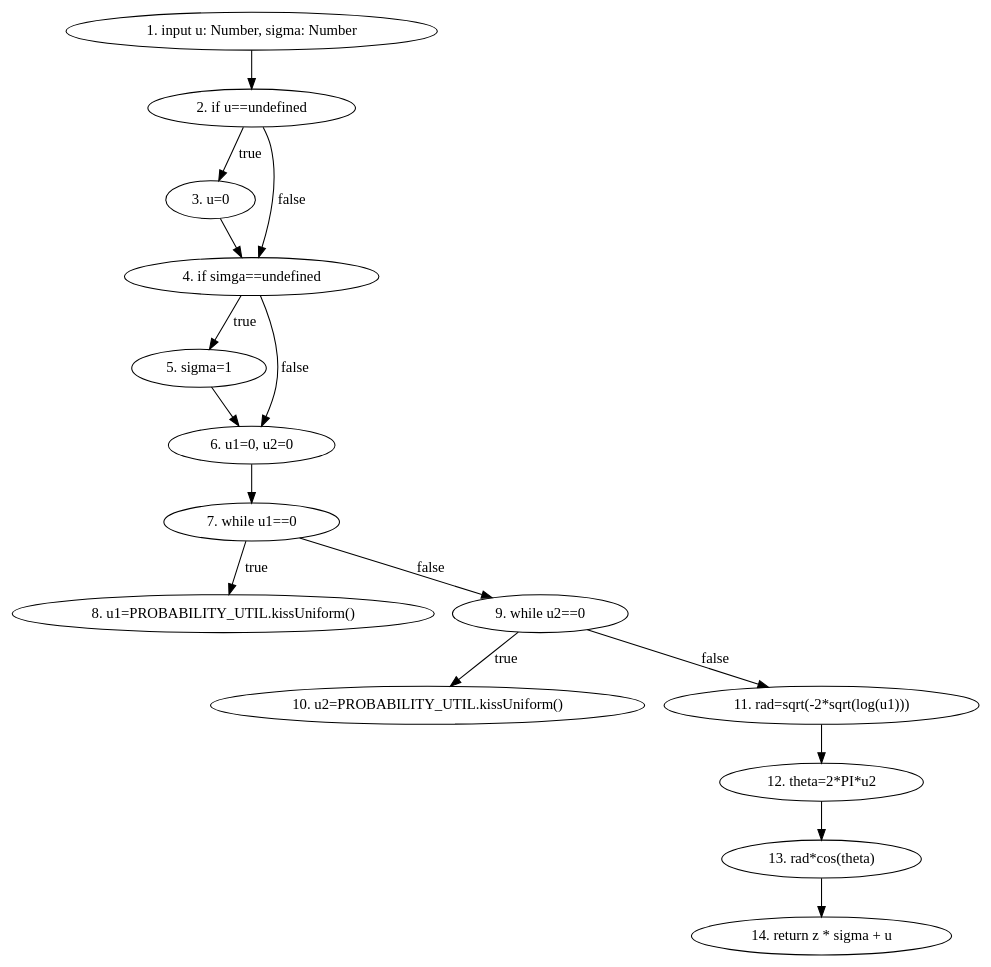
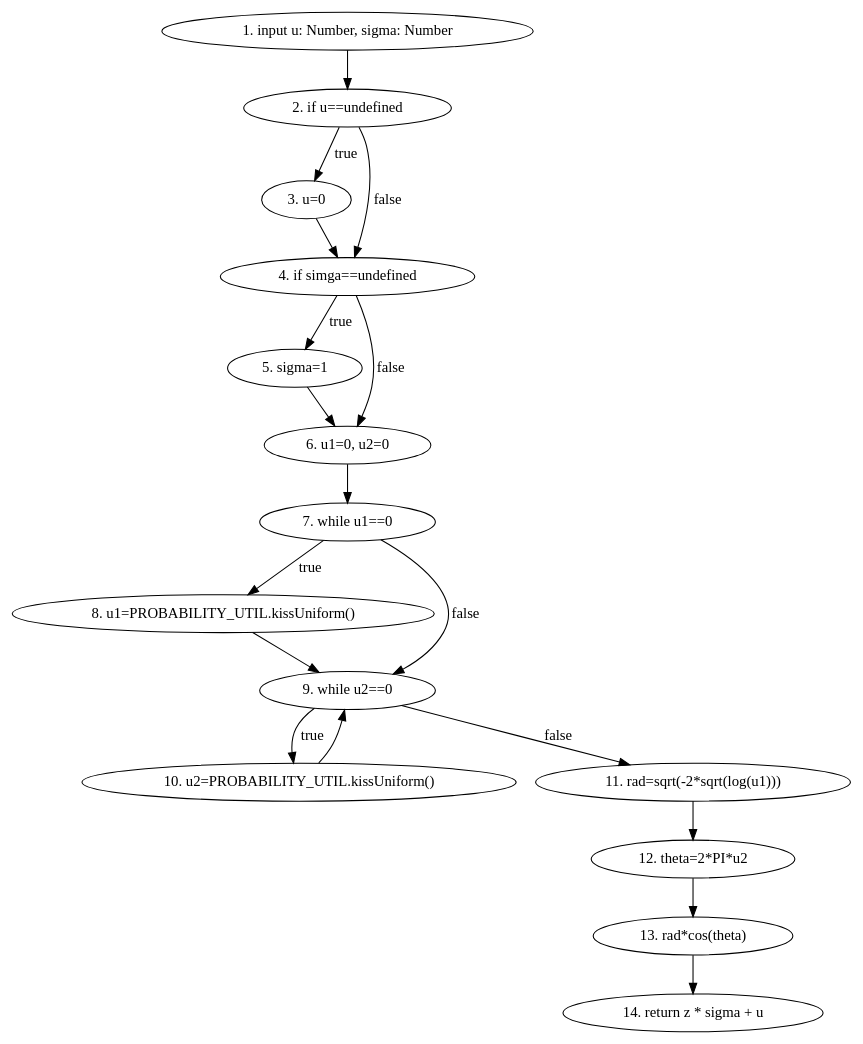
The diagram in test_graphs/scripts/classicalDistributions/sampleNormal.dot (drakexcaptainop/p5t), drawn with Graphviz before and after one commit. The commit also changed 30 other files, not shown here.

```diff
--- a/test_graphs/scripts/classicalDistributions/sampleNormal.dot
+++ b/test_graphs/scripts/classicalDistributions/sampleNormal.dot
@@ -1,31 +1,33 @@
 digraph G{
     INP [label="1. input u: Number, sigma: Number"]
     IF1 [label="2. if u==undefined"]
     SET1 [label="3. u=0"]
     IF2 [label="4. if simga==undefined"]
     SET2 [label="5. sigma=1"]
     SET3 [label="6. u1=0, u2=0"]
     WHILE1 [label="7. while u1==0"]
     SET4 [label="8. u1=PROBABILITY_UTIL.kissUniform()"]
     WHILE2 [label="9. while u2==0"]
     SET5 [label="10. u2=PROBABILITY_UTIL.kissUniform()"]
     SET6 [label="11. rad=sqrt(-2*sqrt(log(u1)))"]
     SET7 [label="12. theta=2*PI*u2"]
     SET8 [label="13. rad*cos(theta)"]
     RET [label="14. return z * sigma + u"]
 
 
     INP -> IF1 
     IF1 -> SET1 [label="true"]
     IF1 -> IF2 [label="false"]
     SET1 -> IF2 
     IF2 -> SET2 [label="true"]
     SET2 -> SET3 
+    SET5 -> WHILE2
+    SET4 -> WHILE2
     IF2 -> SET3 [label="false"]
     SET3 -> WHILE1 
     WHILE1 -> WHILE2 [label="false"]
     WHILE1 -> SET4 [label="true"]
     WHILE2 -> SET5 [label="true"]
     WHILE2 -> SET6 [label="false"]
     SET6 -> SET7 -> SET8 -> RET
 }
```
